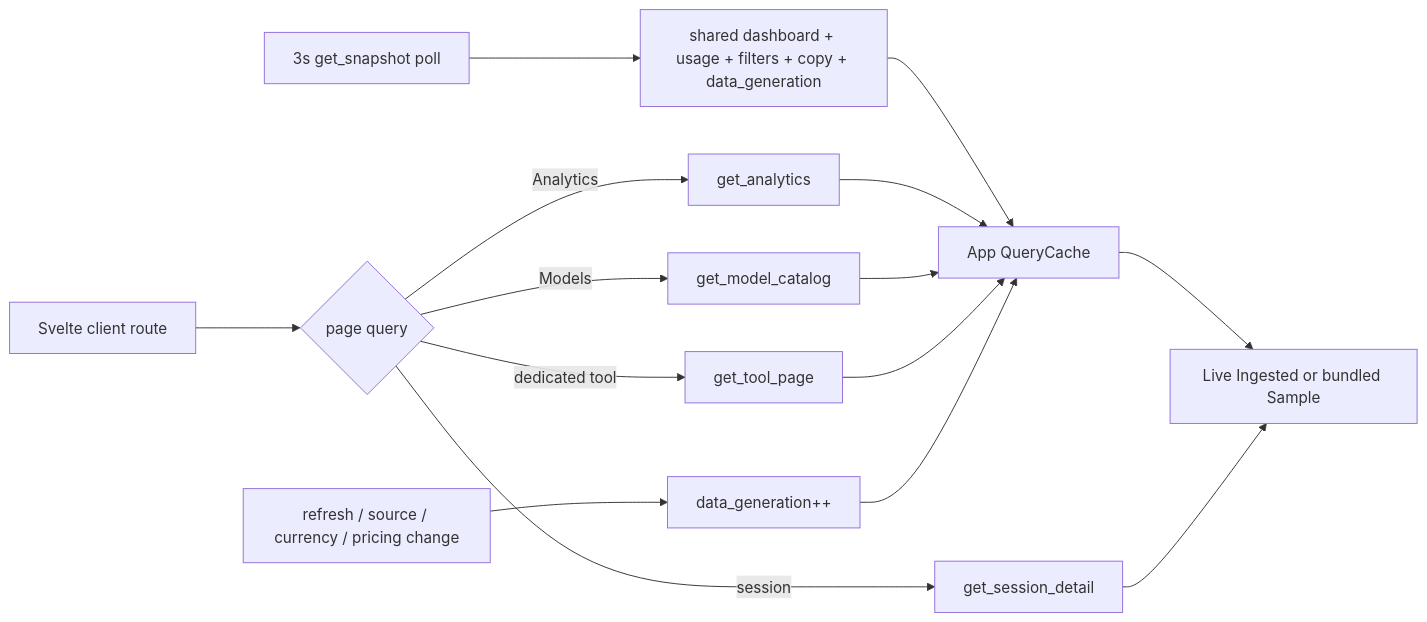
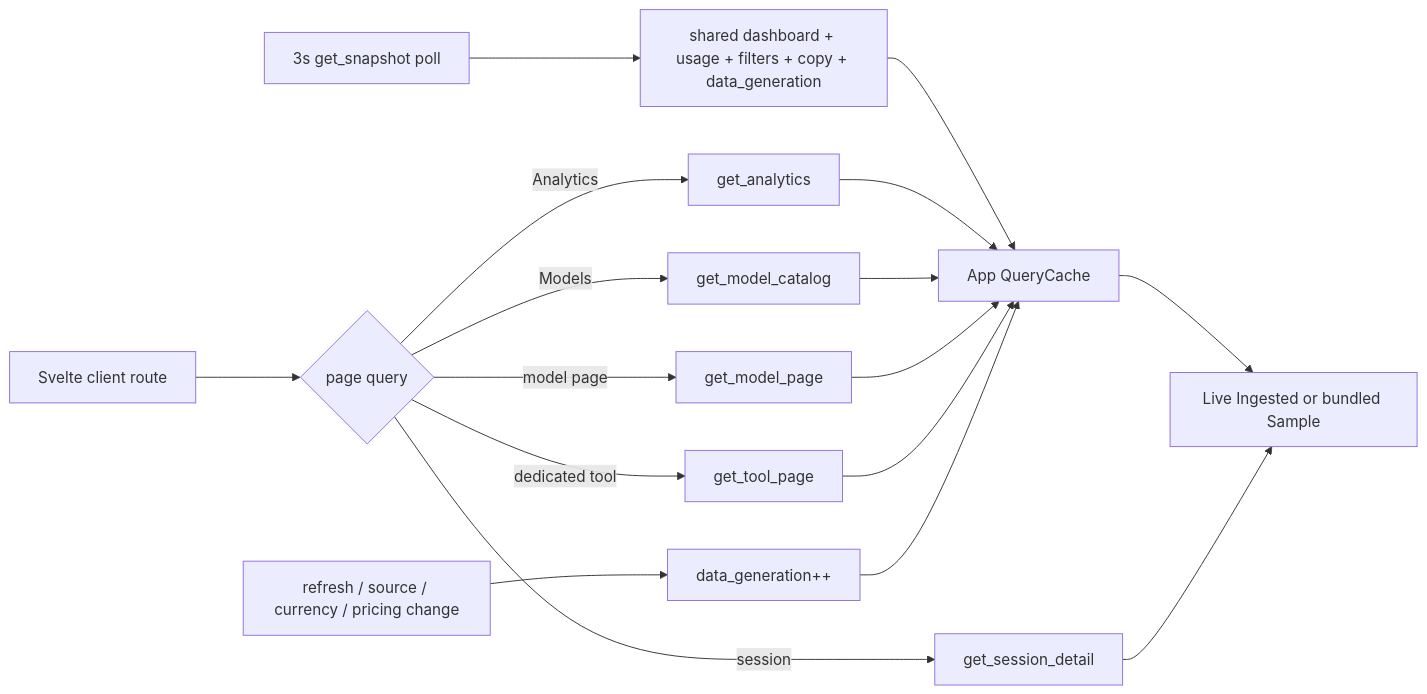
Before and after one commit to russmckendrick/tokenuse: the third of 5 diagrams in docs/development/architecture.md, drawn with Mermaid. The commit also changed other lines of this file and 33 other files, not shown here.

````diff
--- a/docs/development/architecture.md
+++ b/docs/development/architecture.md
@@ -123,17 +123,19 @@
 ```mermaid
 flowchart LR
     Poll[3s get_snapshot poll] --> Snap[shared dashboard + usage + filters + copy + data_generation]
     Route[Svelte client route] --> Q{page query}
     Q -->|Analytics| A[get_analytics]
     Q -->|Models| M[get_model_catalog]
+    Q -->|model page| MP[get_model_page]
     Q -->|dedicated tool| TP[get_tool_page]
     Q -->|session| S[get_session_detail]
     Snap --> Cache[App QueryCache]
     A --> Cache
     M --> Cache
+    MP --> Cache
     TP --> Cache
     Cache --> Ingested[Live Ingested or bundled Sample]
     S --> Ingested
     Refresh[refresh / source / currency / pricing change] --> Gen[data_generation++]
     Gen --> Cache
 ```
````
